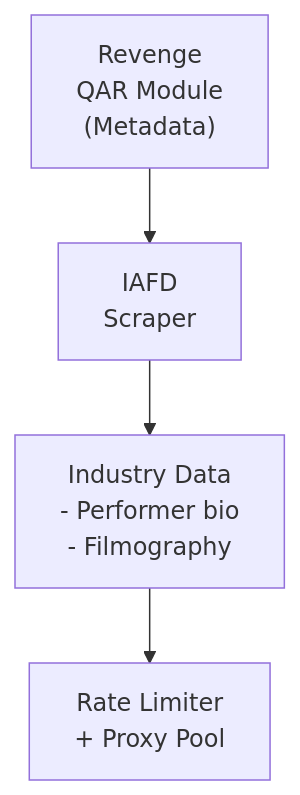
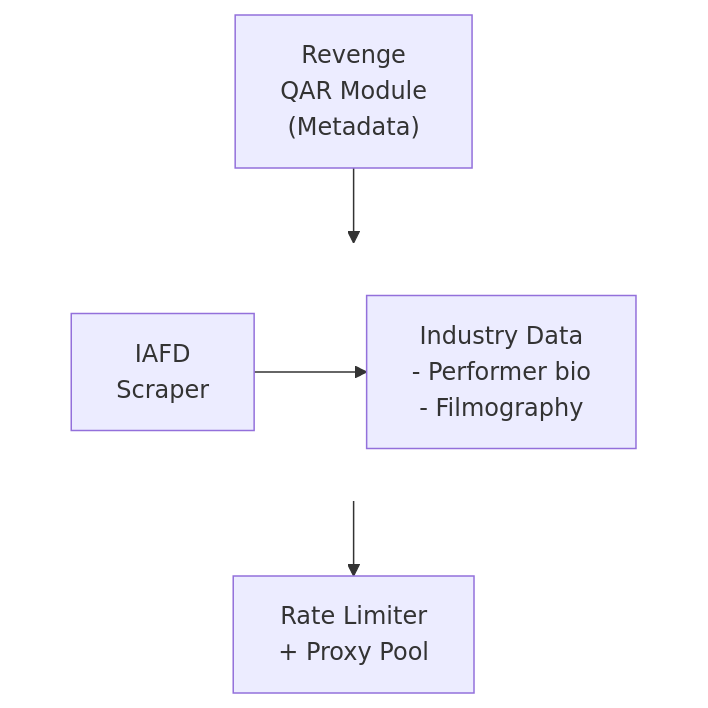
Before and after one commit to lusoris/revenge: the diagram in docs/dev/design/integrations/wiki/adult/IAFD.md, drawn with Mermaid. The commit also changed 210 other files, not shown here.

First line of the commit message:
feat(docs): Add horizontal layout support for Mermaid diagrams

````diff
--- a/docs/dev/design/integrations/wiki/adult/IAFD.md
+++ b/docs/dev/design/integrations/wiki/adult/IAFD.md
@@ -57,10 +57,16 @@
 ```mermaid
 flowchart TD
     node1["Revenge<br/>QAR Module<br/>(Metadata)"]
-    node2["IAFD<br/>Scraper"]
-    node3["Industry Data<br/>- Performer bio<br/>- Filmography"]
+    subgraph row1[ ]
+        direction LR
+        node2["IAFD<br/>Scraper"]
+        node3["Industry Data<br/>- Performer bio<br/>- Filmography"]
+    end
     node4["Rate Limiter<br/>+ Proxy Pool"]
     node2 --> node3
     node1 --> node2
     node3 --> node4
+
+    %% Hide row subgraph borders
+    style row1 fill:transparent,stroke:transparent
 ```
````
